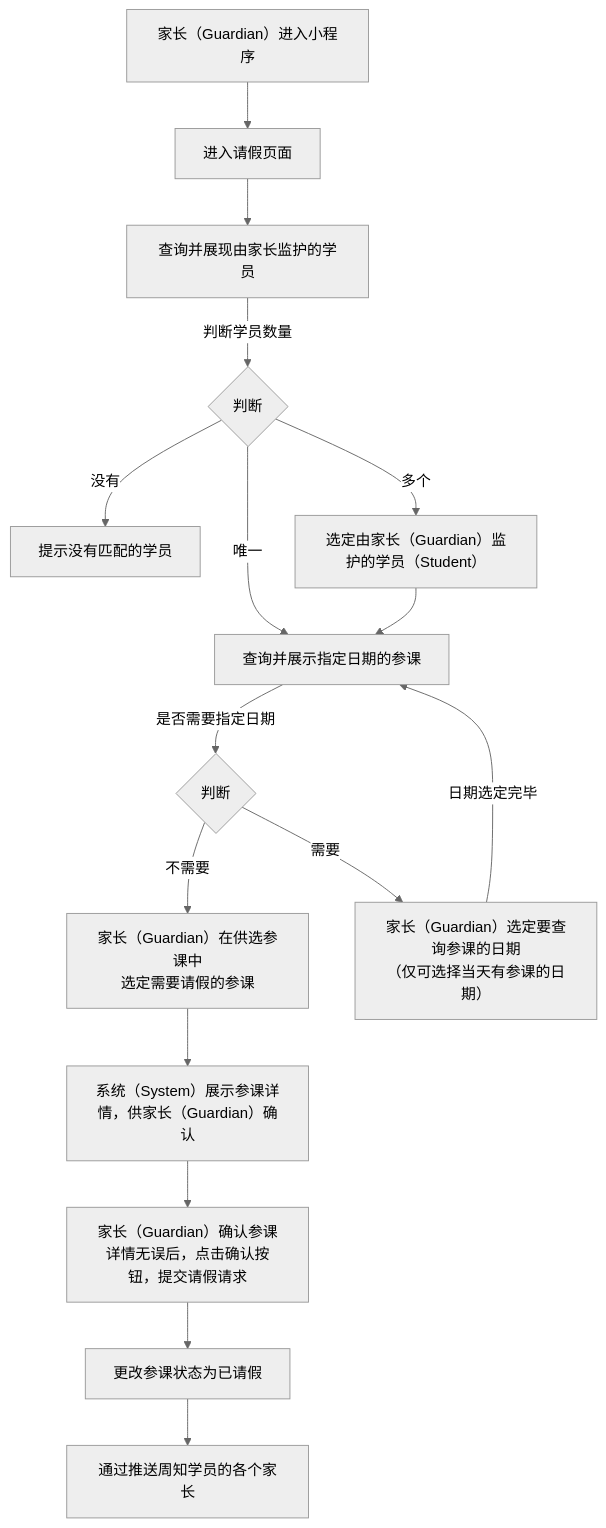
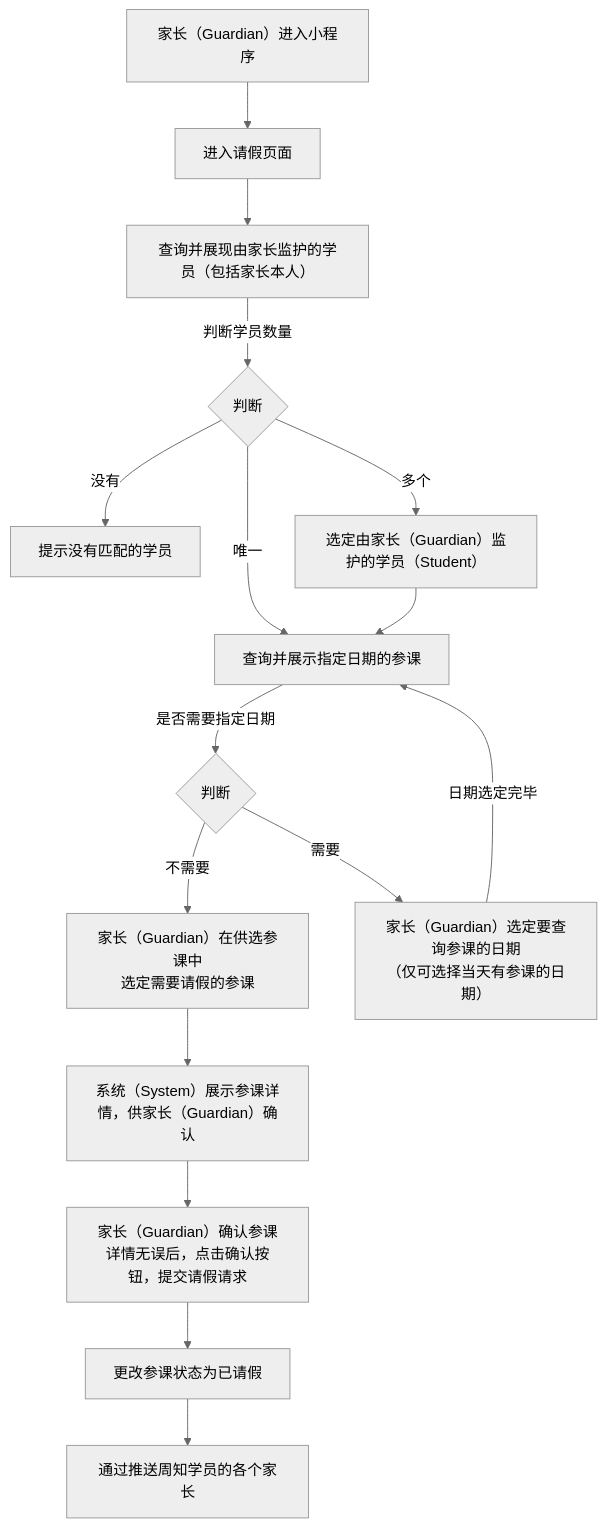
The first of 2 diagrams in 用例/请假.md (world-wide-web/sign), drawn with Mermaid (neutral theme) before and after one commit. The commit also changed other lines of this file, not shown here.

Commit message:
用例/请假.md updated from https://stackedit.io/

````diff
--- a/用例/请假.md
+++ b/用例/请假.md
@@ -7,52 +7,52 @@
 ```mermaid
 graph TD
 
 进入小程序-->进入请假页面
 
 进入请假页面-->查询并展现由家长监护的学员
 
 查询并展现由家长监护的学员--判断学员数量-->判断学员数量
 
 判断学员数量--没有-->提示没有匹配的学员
 
 判断学员数量--唯一-->查询并展示指定日期的参课
 
 判断学员数量--多个-->选定学员
 
 选定学员-->查询并展示指定日期的参课
 
 查询并展示指定日期的参课--是否需要指定日期-->决定是否需要指定日期
 
 决定是否需要指定日期--不需要-->选定参课
 
 决定是否需要指定日期--需要-->选定日期
 
 选定日期--日期选定完毕-->查询并展示指定日期的参课
 
 选定参课-->展示参课详情
 
 展示参课详情-->提交请假请求
 
 提交请假请求-->更改参课状态为已请假
 
 更改参课状态为已请假-->通过推送周知学员的各个家长
 
 进入小程序["<center>家长（Guardian）进入小程序</center>"]
 
-查询并展现由家长监护的学员["<center>查询并展现由家长监护的学员</center>"]
+查询并展现由家长监护的学员["<center>查询并展现由家长监护的学员（包括家长本人）</center>"]
 
 判断学员数量{"<center>判断</center>"}
 
 选定学员["<center>选定由家长（Guardian）监护的学员（Student）</center>"]
 
 决定是否需要指定日期{"<center>判断</center>"}
 
 选定日期["<center>家长（Guardian）选定要查询参课的日期<br>（仅可选择当天有参课的日期）</center>"]
 
 选定参课["<center>家长（Guardian）在供选参课中<br>选定需要请假的参课</center>"]
 
 展示参课详情["<center>系统（System）展示参课详情，供家长（Guardian）确认</center>"]
 
 提交请假请求["<center>家长（Guardian）确认参课详情无误后，点击确认按钮，提交请假请求</center>"]
 
 ```
````
